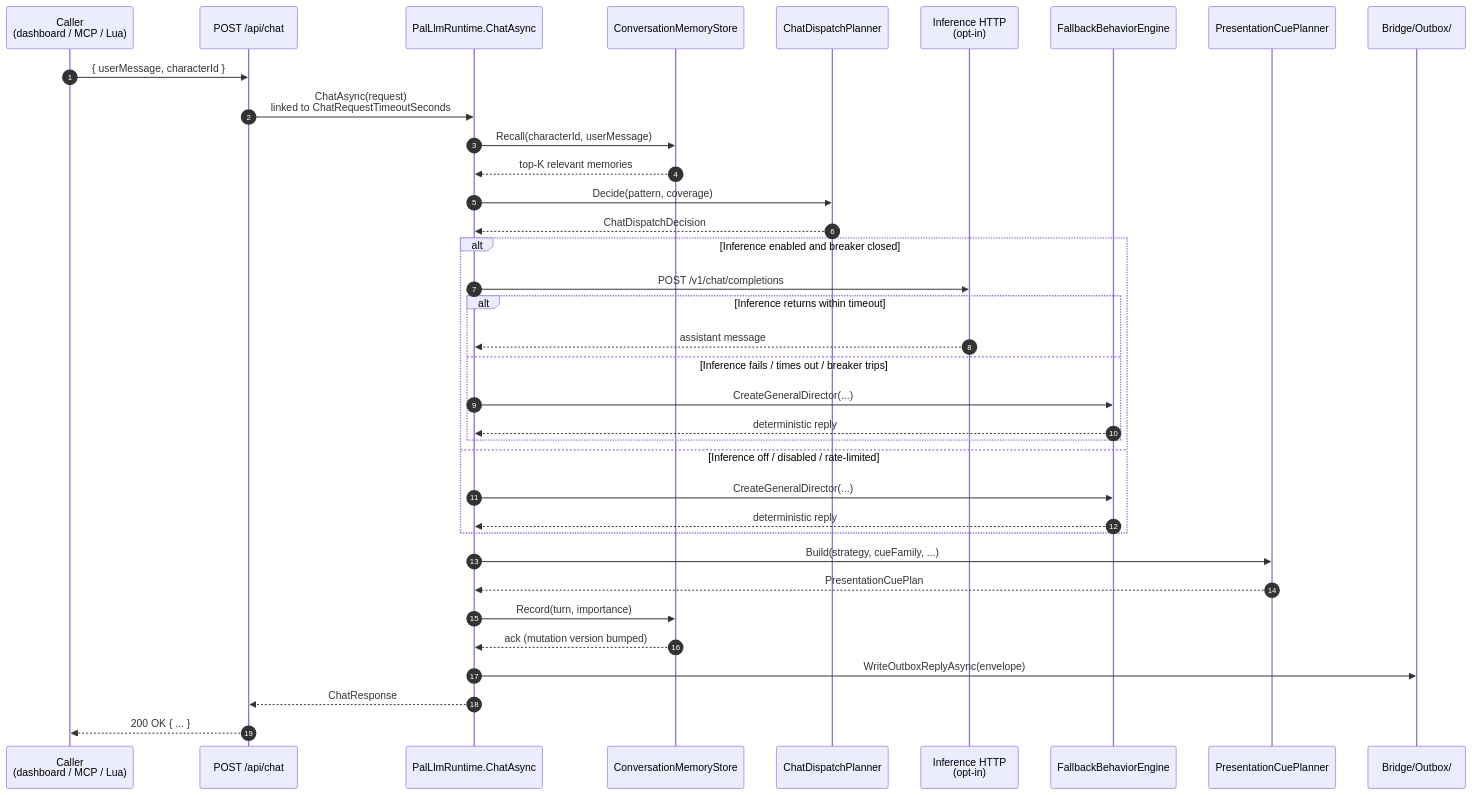
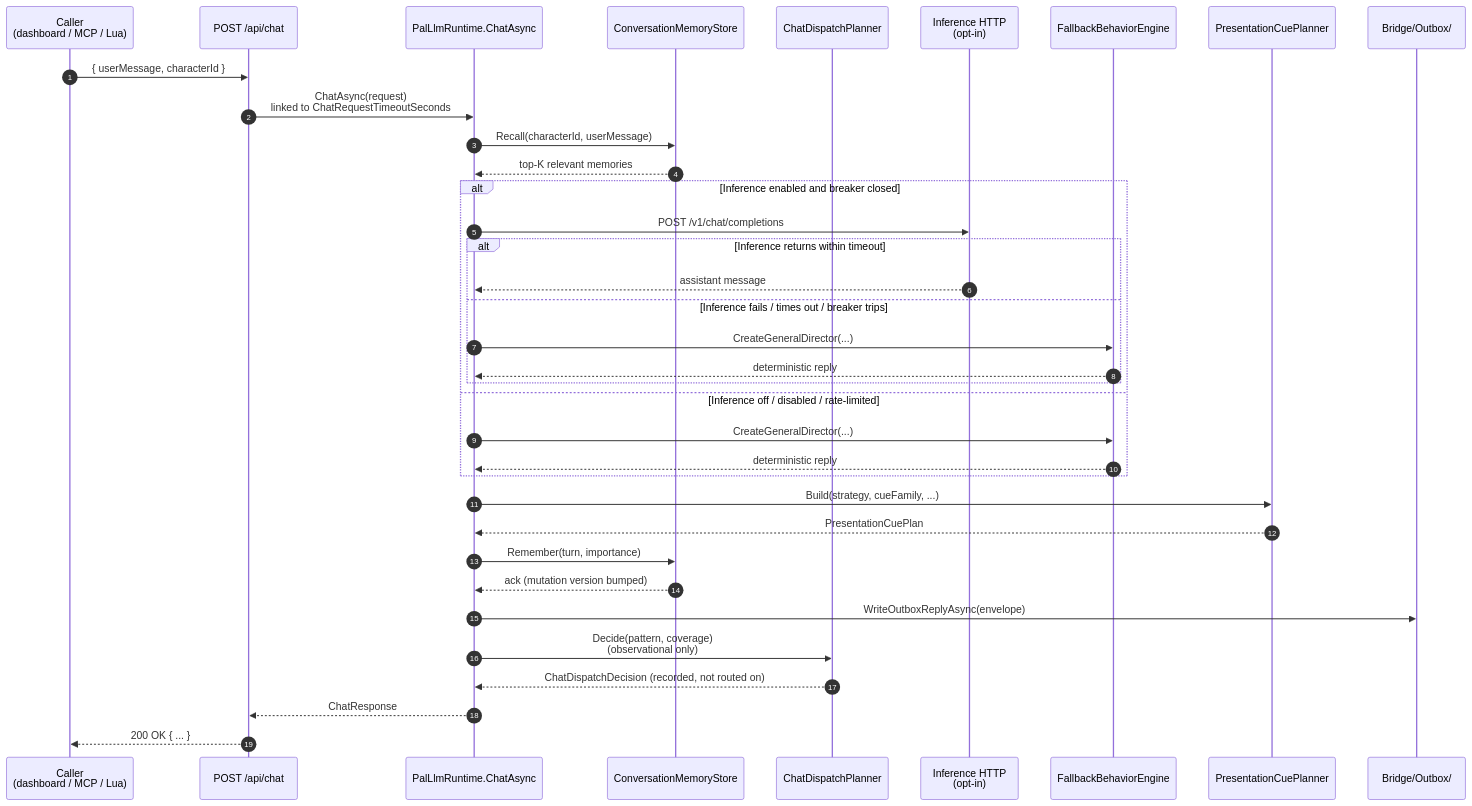
The first of 6 diagrams in docs/DATAFLOW.md (mzzmuaa/PalLLM), drawn with Mermaid before and after one commit. The commit also changed other lines of this file and 9 other files, not shown here.

````diff
--- a/docs/DATAFLOW.md
+++ b/docs/DATAFLOW.md
@@ -24,39 +24,39 @@
 ```mermaid
 sequenceDiagram
     autonumber
     participant Client as Caller<br/>(dashboard / MCP / Lua)
     participant API as POST /api/chat
     participant Runtime as PalLlmRuntime.ChatAsync
     participant Memory as ConversationMemoryStore
     participant Planner as ChatDispatchPlanner
     participant Inference as Inference HTTP<br/>(opt-in)
     participant Fallback as FallbackBehaviorEngine
     participant Director as PresentationCuePlanner
     participant Outbox as Bridge/Outbox/
 
     Client->>API: { userMessage, characterId }
     API->>Runtime: ChatAsync(request)<br/>linked to ChatRequestTimeoutSeconds
     Runtime->>Memory: Recall(characterId, userMessage)
     Memory-->>Runtime: top-K relevant memories
-    Runtime->>Planner: Decide(pattern, coverage)
-    Planner-->>Runtime: ChatDispatchDecision
     alt Inference enabled and breaker closed
         Runtime->>Inference: POST /v1/chat/completions
         alt Inference returns within timeout
             Inference-->>Runtime: assistant message
         else Inference fails / times out / breaker trips
             Runtime->>Fallback: CreateGeneralDirector(...)
             Fallback-->>Runtime: deterministic reply
         end
     else Inference off / disabled / rate-limited
         Runtime->>Fallback: CreateGeneralDirector(...)
         Fallback-->>Runtime: deterministic reply
     end
     Runtime->>Director: Build(strategy, cueFamily, ...)
     Director-->>Runtime: PresentationCuePlan
-    Runtime->>Memory: Record(turn, importance)
+    Runtime->>Memory: Remember(turn, importance)
     Memory-->>Runtime: ack (mutation version bumped)
     Runtime->>Outbox: WriteOutboxReplyAsync(envelope)
+    Runtime->>Planner: Decide(pattern, coverage)<br/>(observational only)
+    Planner-->>Runtime: ChatDispatchDecision (recorded, not routed on)
     Runtime-->>API: ChatResponse
     API-->>Client: 200 OK { ... }
 ```
````
